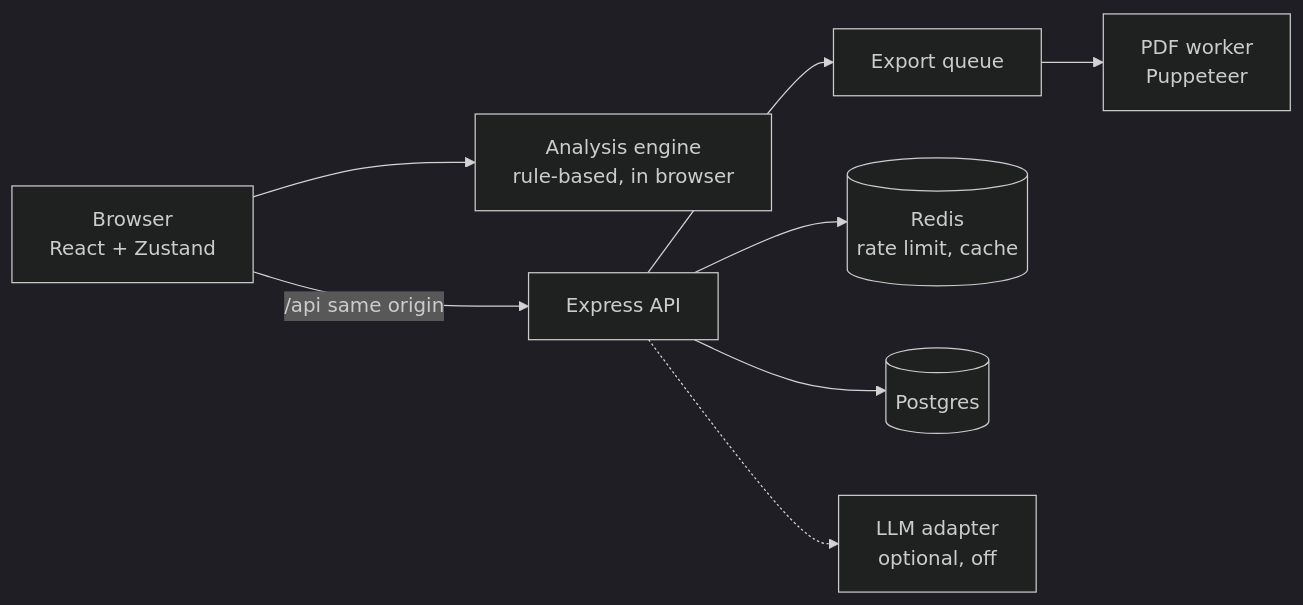
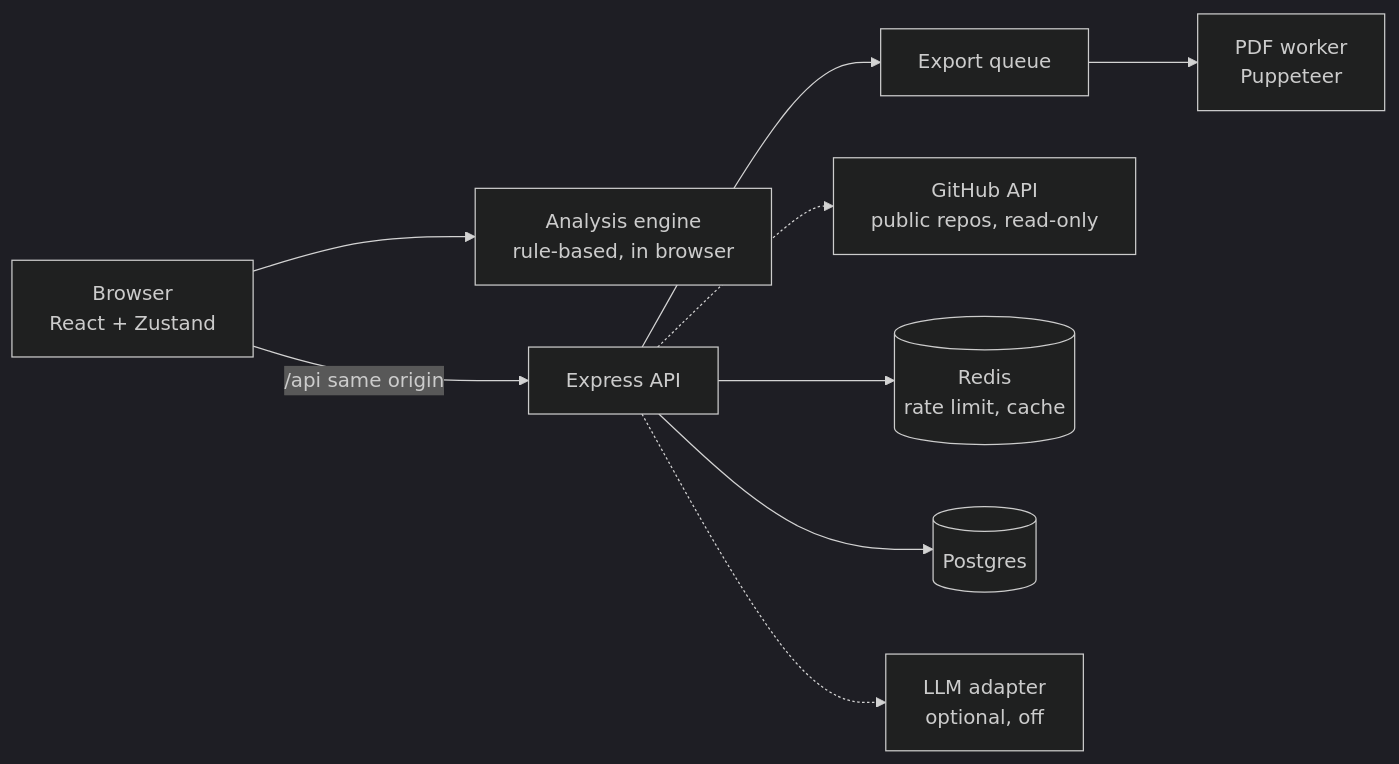
The first of 3 diagrams in ARCHITECTURE.md (AbhaydityaPratapSingh/ai-resume-builder), drawn with Mermaid (dark theme) before and after one commit. The commit also changed other lines of this file and 14 other files, not shown here.

````diff
--- a/ARCHITECTURE.md
+++ b/ARCHITECTURE.md
@@ -45,10 +45,11 @@
 ```mermaid
 flowchart LR
     B[Browser<br/>React + Zustand] --> AE[Analysis engine<br/>rule-based, in browser]
     B -->|/api same origin| API[Express API]
     API --> Q[Export queue]
     Q --> W[PDF worker<br/>Puppeteer]
+    API -.-> GH[GitHub API<br/>public repos, read-only]
     API --> R[(Redis<br/>rate limit, cache)]
     API --> DB[(Postgres)]
     API -.-> LLM[LLM adapter<br/>optional, off]
 ```
````
